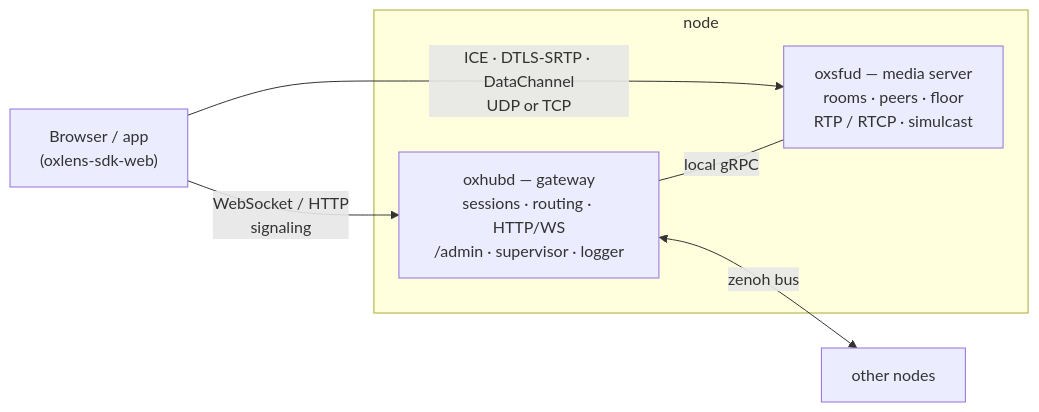
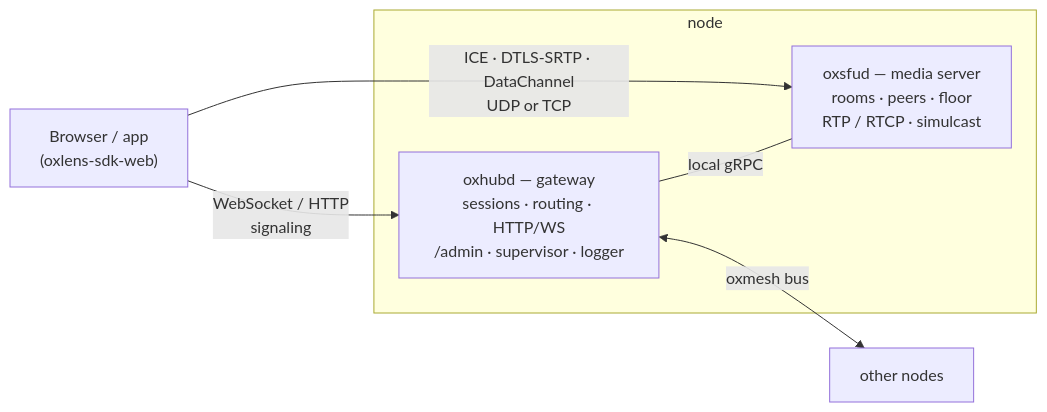
One commit to kodeholic9/oxlens-sfu changed the diagram in README.md. Above: the diagram before and after it, drawn with Mermaid. The commit also changed other lines of this file and 29 other files, not shown here.

````diff
--- a/README.md
+++ b/README.md
@@ -36,13 +36,13 @@
 ```mermaid
 flowchart LR
   C["Browser / app<br/>(oxlens-sdk-web)"]
   subgraph N1["node"]
     H["oxhubd — gateway<br/>sessions · routing · HTTP/WS<br/>/admin · supervisor · logger"]
     S["oxsfud — media server<br/>rooms · peers · floor<br/>RTP / RTCP · simulcast"]
     H -- "local gRPC" --- S
   end
   N2["other nodes"]
   C -- "WebSocket / HTTP<br/>signaling" --> H
   C -- "ICE · DTLS-SRTP · DataChannel<br/>UDP or TCP" --> S
-  H <-- "zenoh bus" --> N2
+  H <-- "oxmesh bus" --> N2
 ```
````
